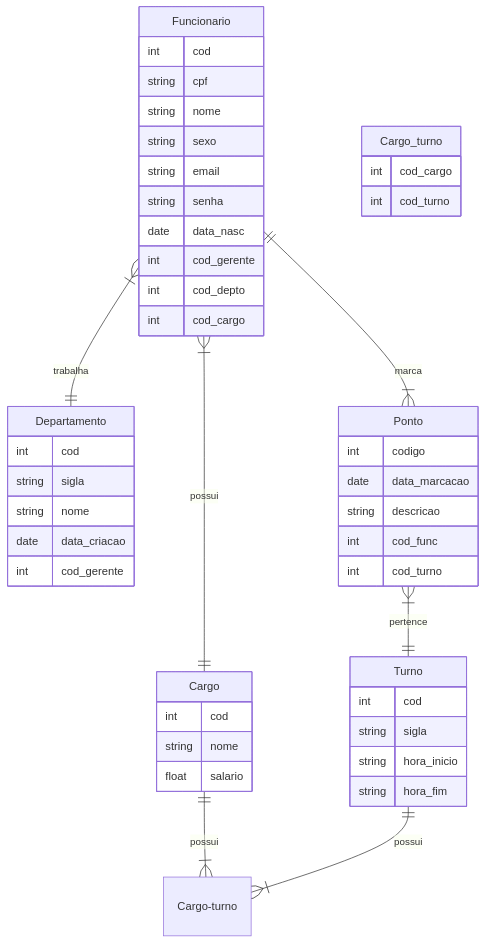
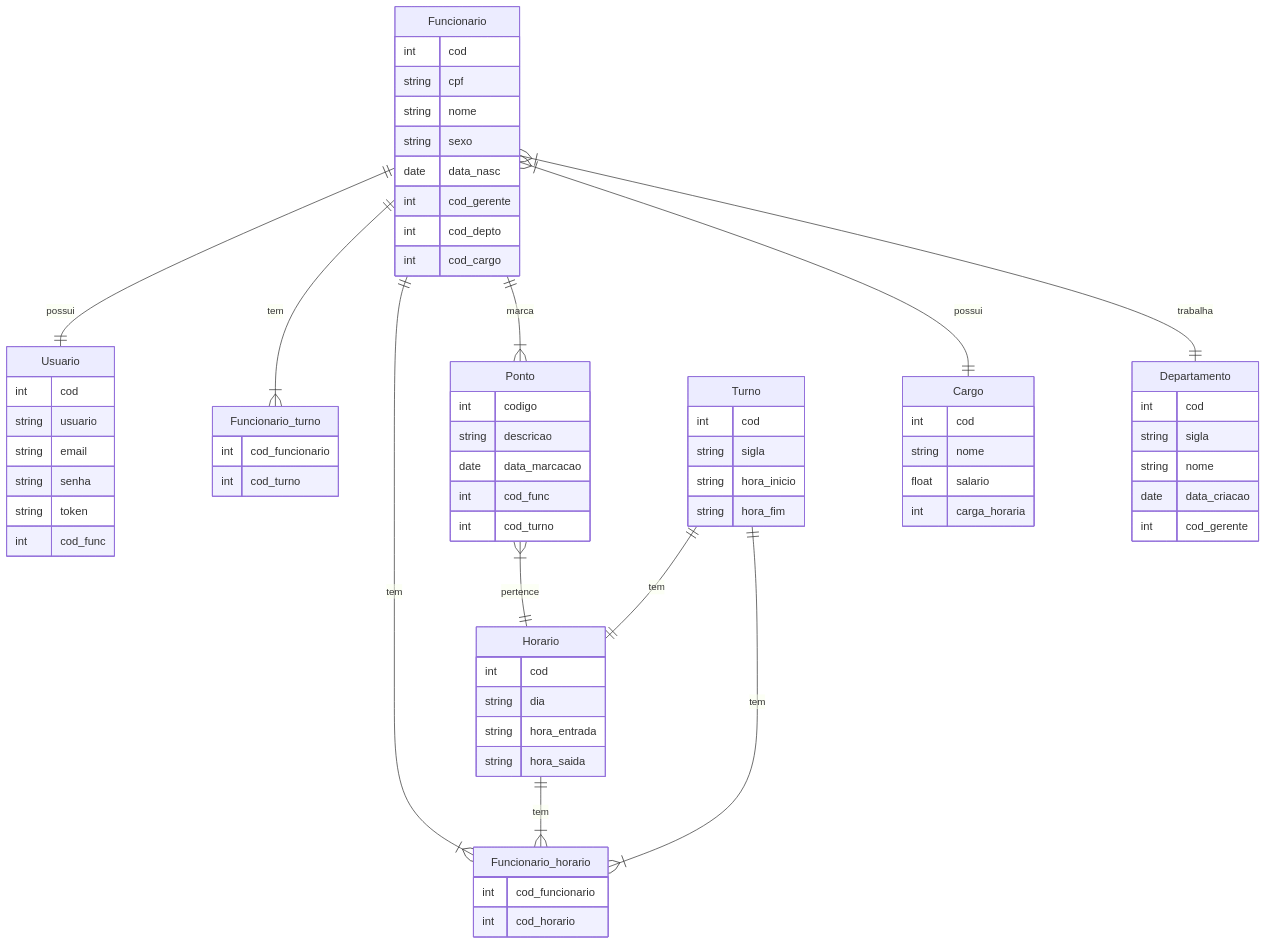
The diagram in docs/documento_modelos.md (Brunowcst/sistemadecontroledepontos), drawn with Mermaid before and after one commit. The commit also changed other lines of this file, not shown here.

````diff
--- a/docs/documento_modelos.md
+++ b/docs/documento_modelos.md
@@ -32,51 +32,72 @@
 ```mermaid
 erDiagram
     Funcionario }|--|| Departamento : trabalha
     Funcionario }|--|| Cargo : possui
     Funcionario ||--|{ Ponto: marca
-    Ponto }|--|| Turno : pertence
-    Cargo ||--|{ Cargo-turno: possui
-    Turno ||--|{ Cargo-turno: possui
-
+    Funcionario ||--|{ Funcionario_horario: tem
+    Horario ||--|{ Funcionario_horario: tem
+    Funcionario ||--|{ Funcionario_turno: tem
+    Turno ||--|{ Funcionario_horario: tem
+    Funcionario ||--|| Usuario: possui
+    Turno ||--|| Horario: tem
+    Ponto }|--|| Horario : pertence
+    
     Funcionario {
         int cod
         string cpf
         string nome
         string sexo
-        string email
-        string senha
         date data_nasc
         int cod_gerente
         int cod_depto 
         int cod_cargo     
     }
     Departamento {
         int cod
         string sigla
         string nome
         date data_criacao
         int cod_gerente
     }
     Ponto {
         int codigo
+        string descricao
         date data_marcacao
-        string descricao
         int cod_func
         int cod_turno
     }
     Cargo {
         int cod
         string nome
         float salario
+        int carga_horaria
     }
     Turno {
         int cod
         string sigla
         string hora_inicio
         string hora_fim
     }
-    Cargo_turno {
-        int cod_cargo
+    Funcionario_turno {
+        int cod_funcionario
         int cod_turno
     }
+    Horario{
+        int cod
+        string dia
+        string hora_entrada
+        string hora_saida
+    }
+    Funcionario_horario {
+        int cod_funcionario
+        int cod_horario
+    }
+    Usuario{
+        int cod
+        string usuario
+        string email
+        string senha
+        string token
+        int cod_func
+    }
 ```
````
